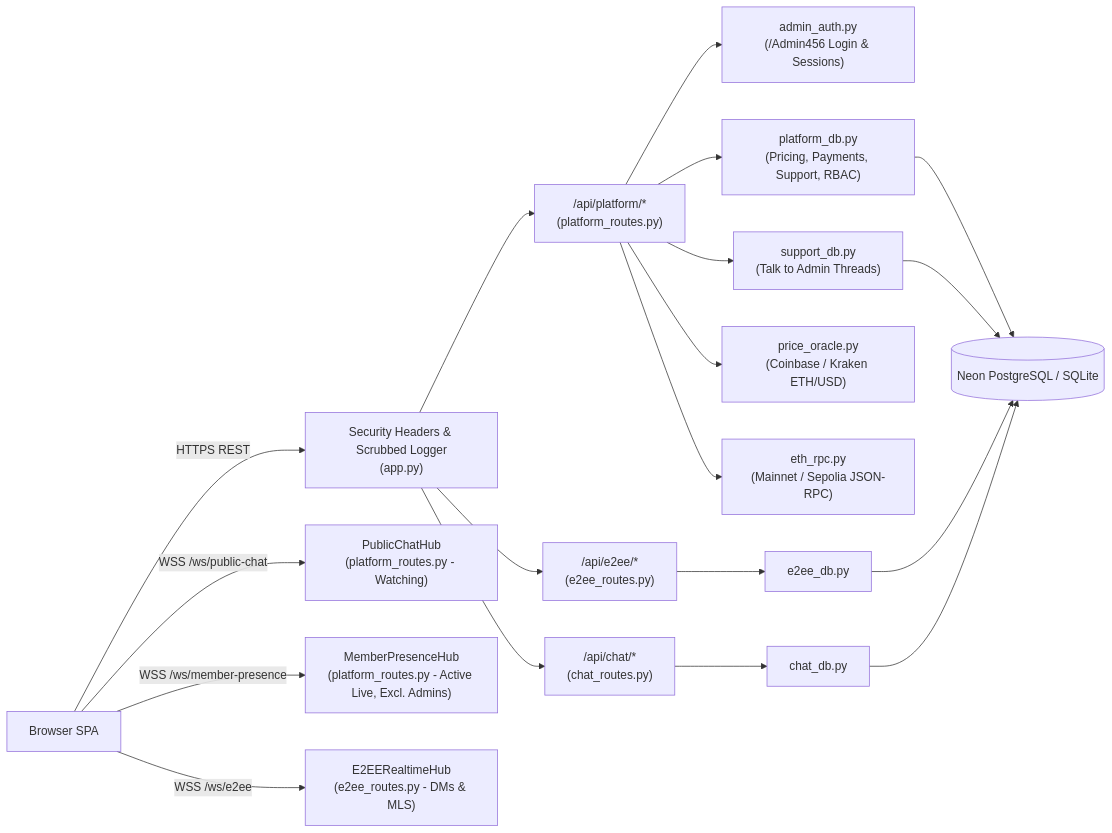
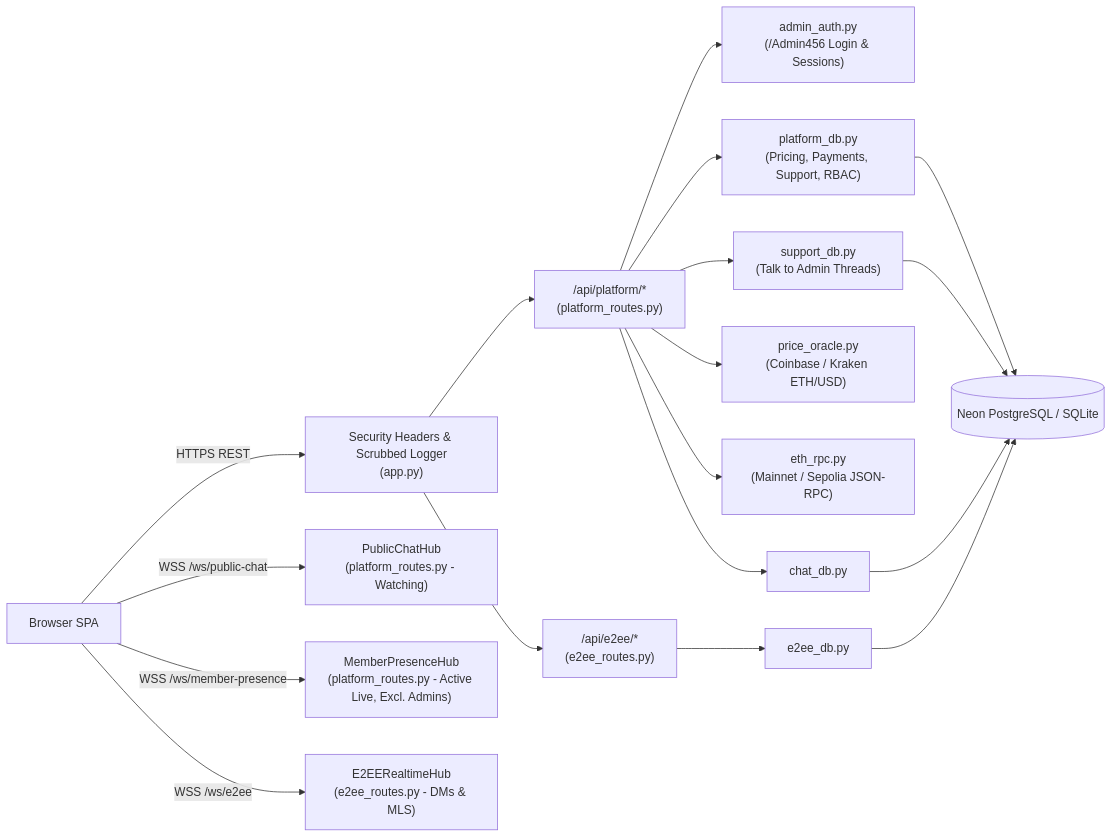
The diagram in docs/backend/architecture.md (Anonmaniak/Meta_mask_test), drawn with Mermaid before and after one commit. The commit also changed other lines of this file and 141 other files, not shown here.

````diff
--- a/docs/backend/architecture.md
+++ b/docs/backend/architecture.md
@@ -18,24 +18,23 @@
 ```mermaid
 flowchart LR
     Client["Browser SPA"] -- "HTTPS REST" --> SecurityMW["Security Headers & Scrubbed Logger\n(app.py)"]
     Client -- "WSS /ws/public-chat" --> PubHub["PublicChatHub\n(platform_routes.py - Watching)"]
     Client -- "WSS /ws/member-presence" --> PresHub["MemberPresenceHub\n(platform_routes.py - Active Live, Excl. Admins)"]
     Client -- "WSS /ws/e2ee" --> E2EEHub["E2EERealtimeHub\n(e2ee_routes.py - DMs & MLS)"]
 
     SecurityMW --> PlatRouter["/api/platform/*\n(platform_routes.py)"]
     SecurityMW --> E2EERouter["/api/e2ee/*\n(e2ee_routes.py)"]
-    SecurityMW --> ChatRouter["/api/chat/*\n(chat_routes.py)"]
 
     PlatRouter --> AdminAuth["admin_auth.py\n(/Admin456 Login & Sessions)"]
     PlatRouter --> PlatDB["platform_db.py\n(Pricing, Payments, Support, RBAC)"]
     PlatRouter --> SupportDB["support_db.py\n(Talk to Admin Threads)"]
     PlatRouter --> Oracle["price_oracle.py\n(Coinbase / Kraken ETH/USD)"]
     PlatRouter --> EthRPC["eth_rpc.py\n(Mainnet / Sepolia JSON-RPC)"]
     E2EERouter --> E2EEDB["e2ee_db.py"]
-    ChatRouter --> ChatDB["chat_db.py"]
+    PlatRouter --> ChatDB["chat_db.py"]
 
     PlatDB --> PG[("Neon PostgreSQL / SQLite")]
     SupportDB --> PG
     E2EEDB --> PG
     ChatDB --> PG
 ```
````
